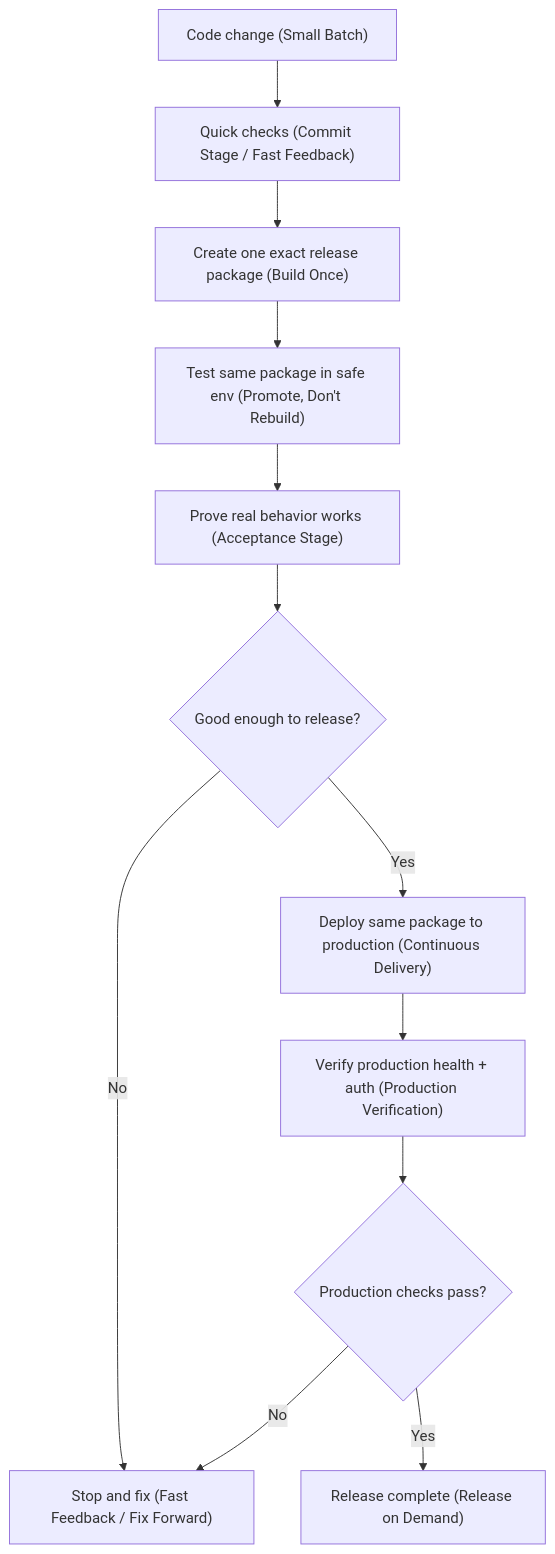
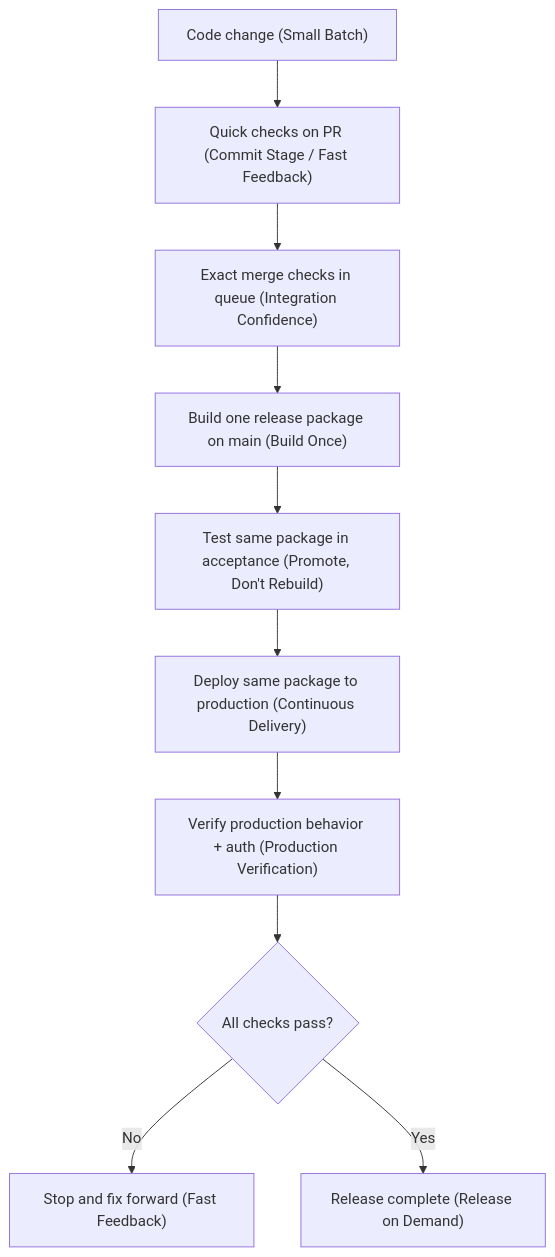
Before and after one commit to glcsolutions-ca/compass: the diagram in docs/runbooks/cloud-delivery-pipeline.md, drawn with Mermaid. The commit also changed other lines of this file and 27 other files, not shown here.

First line of the commit message:
ci(pipeline): add merge-queue gate and split commit stage (#141)

````diff
--- a/docs/runbooks/cloud-delivery-pipeline.md
+++ b/docs/runbooks/cloud-delivery-pipeline.md
@@ -14,14 +14,12 @@
 ```mermaid
 flowchart TD
-A["Code change (Small Batch)"] --> B["Quick checks (Commit Stage / Fast Feedback)"]
-B --> C["Create one exact release package (Build Once)"]
-C --> D["Test same package in safe env (Promote, Don't Rebuild)"]
-D --> E["Prove real behavior works (Acceptance Stage)"]
-E --> F{"Good enough to release?"}
-F -- "No" --> X["Stop and fix (Fast Feedback / Fix Forward)"]
-F -- "Yes" --> G["Deploy same package to production (Continuous Delivery)"]
-G --> H["Verify production health + auth (Production Verification)"]
-H --> I{"Production checks pass?"}
-I -- "No" --> X
-I -- "Yes" --> J["Release complete (Release on Demand)"]
+A["Code change (Small Batch)"] --> B["Quick checks on PR (Commit Stage / Fast Feedback)"]
+B --> C["Exact merge checks in queue (Integration Confidence)"]
+C --> D["Build one release package on main (Build Once)"]
+D --> E["Test same package in acceptance (Promote, Don't Rebuild)"]
+E --> F["Deploy same package to production (Continuous Delivery)"]
+F --> G["Verify production behavior + auth (Production Verification)"]
+G --> H{"All checks pass?"}
+H -- "No" --> X["Stop and fix forward (Fast Feedback)"]
+H -- "Yes" --> I["Release complete (Release on Demand)"]
 ```
````
